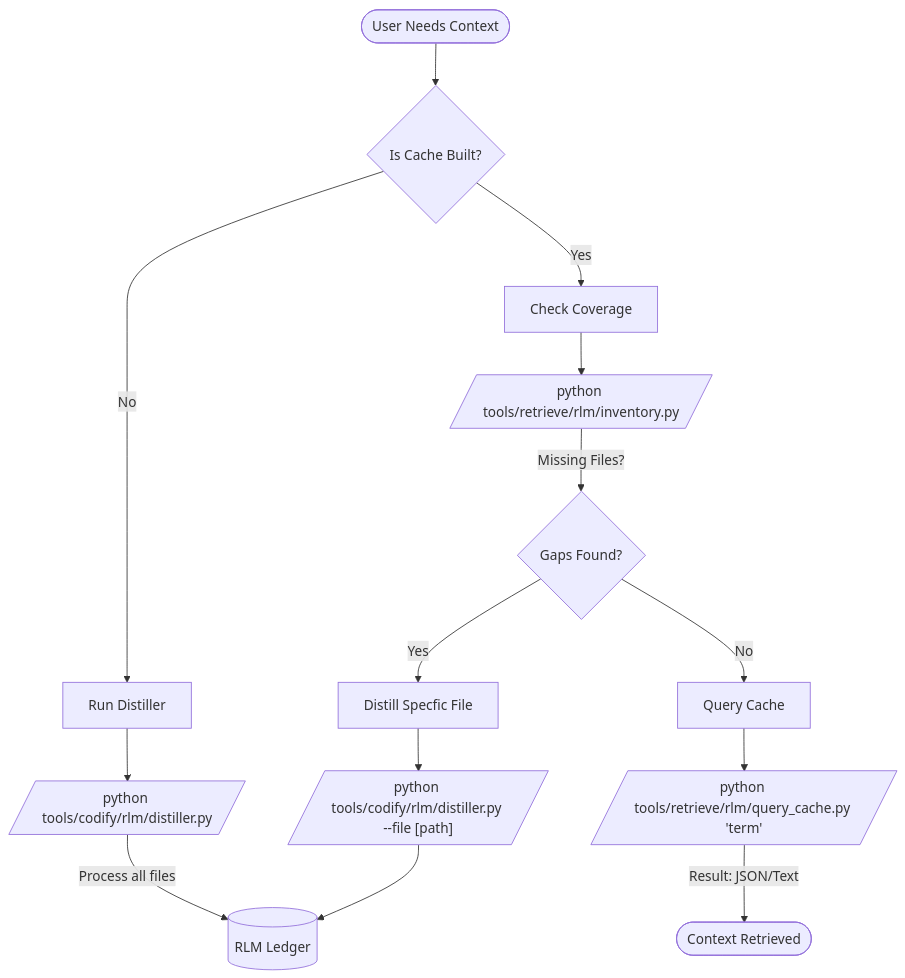
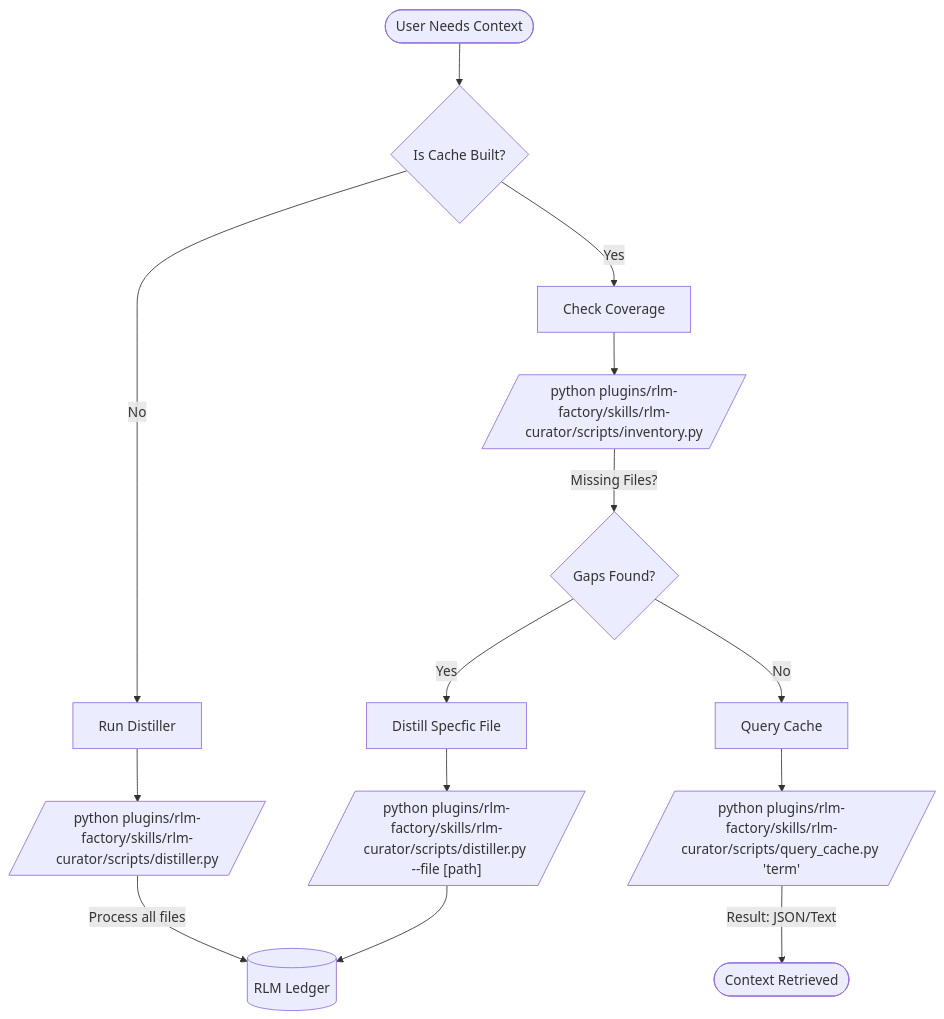
One commit to richfrem/Project_Sanctuary changed the diagram in docs/tools/standalone/rlm-factory/workflow.mmd. Above: the diagram before and after it, drawn with Mermaid. The commit also changed 1329 other files, not shown here.

First line of the commit message:
Feat/creating new skills plugins v2 (#201)

```diff
--- a/docs/tools/standalone/rlm-factory/workflow.mmd
+++ b/docs/tools/standalone/rlm-factory/workflow.mmd
@@ -1,18 +1,18 @@
 flowchart TD
     Start([User Needs Context]) --> Check{Is Cache Built?}
     
     Check -- No --> Build[Run Distiller]
-    Build --> CmdBuild[/"python tools/codify/rlm/distiller.py"/]
+    Build --> CmdBuild[/"python plugins/rlm-factory/skills/rlm-curator/scripts/distiller.py"/]
     CmdBuild -- "Process all files" --> Cache[(RLM Ledger)]
     
     Check -- Yes --> Audit[Check Coverage]
-    Audit --> CmdAudit[/"python tools/retrieve/rlm/inventory.py"/]
+    Audit --> CmdAudit[/"python plugins/rlm-factory/skills/rlm-curator/scripts/inventory.py"/]
     CmdAudit -- "Missing Files?" --> Gaps{Gaps Found?}
     
     Gaps -- Yes --> Patch[Distill Specfic File]
-    Patch --> CmdPatch[/"python tools/codify/rlm/distiller.py --file [path]"/]
+    Patch --> CmdPatch[/"python plugins/rlm-factory/skills/rlm-curator/scripts/distiller.py --file [path]"/]
     CmdPatch --> Cache
     
     Gaps -- No --> Search[Query Cache]
-    Search --> CmdSearch[/"python tools/retrieve/rlm/query_cache.py 'term'"/]
+    Search --> CmdSearch[/"python plugins/rlm-factory/skills/rlm-curator/scripts/query_cache.py 'term'"/]
     CmdSearch -- "Result: JSON/Text" --> Result([Context Retrieved])
```
